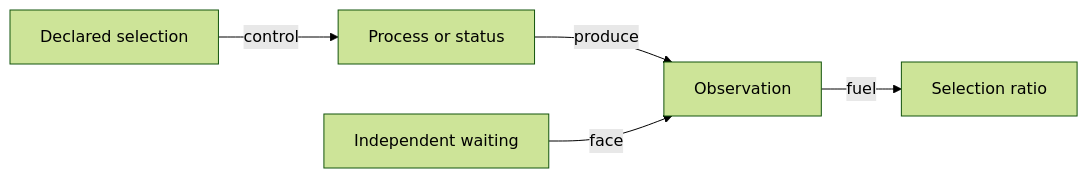
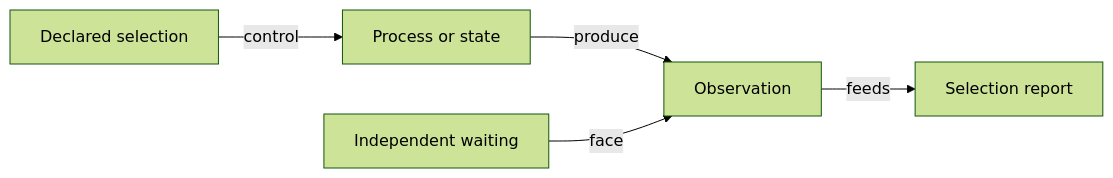
The diagram in atf-test-android/src/test/README.md (crististefanita/atf_j4), drawn with Mermaid (forest theme) before and after one commit. The commit also changed 84 other files, not shown here.

````diff
--- a/atf-test-android/src/test/README.md
+++ b/atf-test-android/src/test/README.md
@@ -21,7 +21,7 @@
 ```mermaid
 flowchart LR
-    SELECT[Declared selection] -->|control| INPUT[Process or status]
+    SELECT[Declared selection] -->|control| INPUT[Process or state]
     INPUT -->|produce| OBS[Observation]
     EXPECT[Independent waiting] -->|face| OBS
-    OBS -->|fuel| REPORT[Selection ratio]
+    OBS -->|feeds| REPORT[Selection report]
 ```
````
